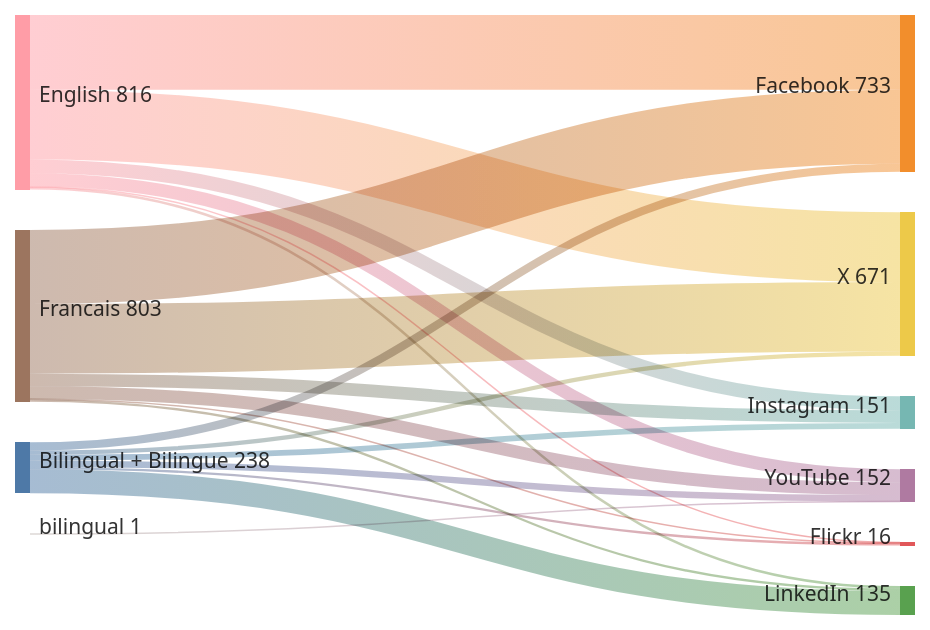
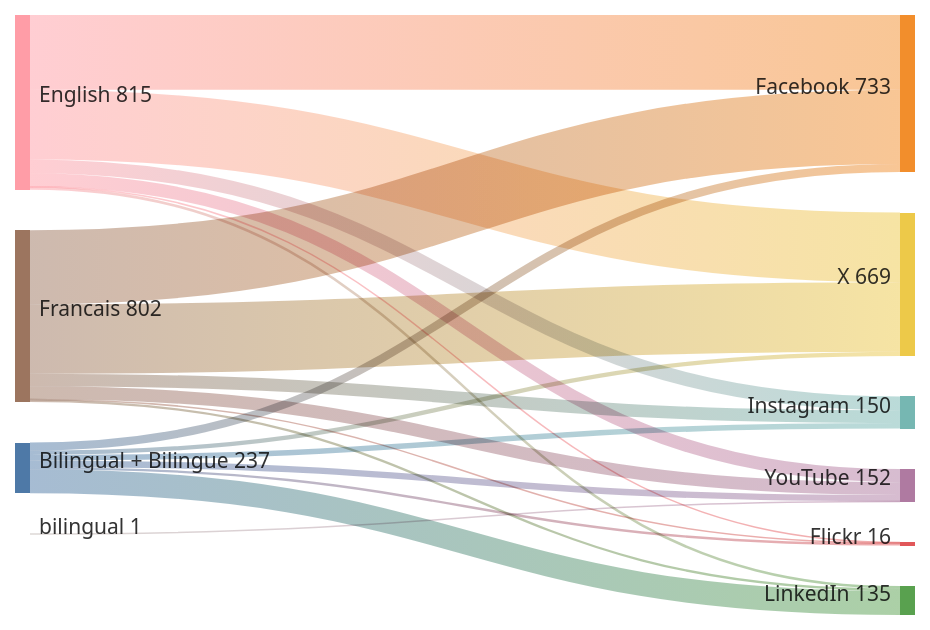
One commit to PatLittle/GC-Socials changed the diagram in sankey_diagram.md. Above: the diagram before and after it, drawn with Mermaid.

Commit message:
Update Sankey diagram for the most recent day

````diff
--- a/sankey_diagram.md
+++ b/sankey_diagram.md
@@ -1,22 +1,22 @@
 ```mermaid
 sankey-beta
   Bilingual + Bilingue,Facebook,38
   Bilingual + Bilingue,Flickr,11
-  Bilingual + Bilingue,Instagram,27
+  Bilingual + Bilingue,Instagram,26
   Bilingual + Bilingue,LinkedIn,112
   Bilingual + Bilingue,X,20
   Bilingual + Bilingue,YouTube,30
   English,Facebook,349
   English,Flickr,3
   English,Instagram,65
   English,LinkedIn,12
-  English,X,326
+  English,X,325
   English,YouTube,61
   Francais,Facebook,346
   Francais,Flickr,2
   Francais,Instagram,59
   Francais,LinkedIn,11
-  Francais,X,325
+  Francais,X,324
   Francais,YouTube,60
   bilingual,YouTube,1
 ```
````
